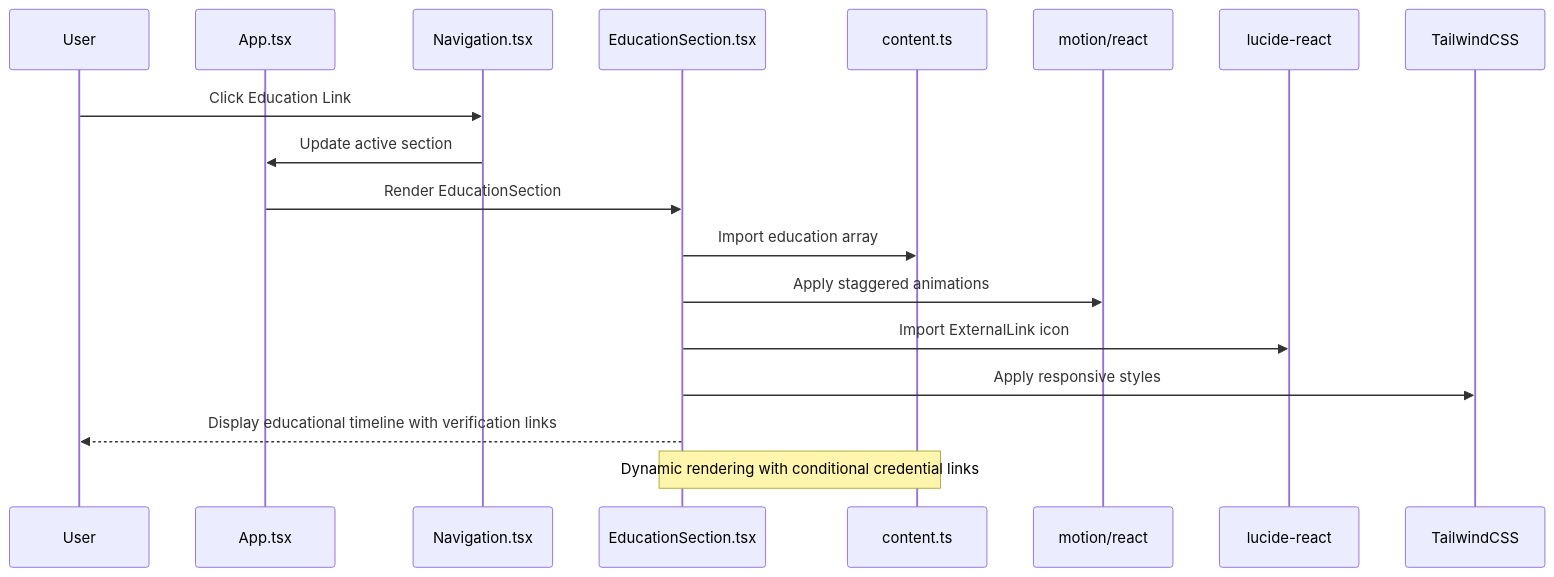
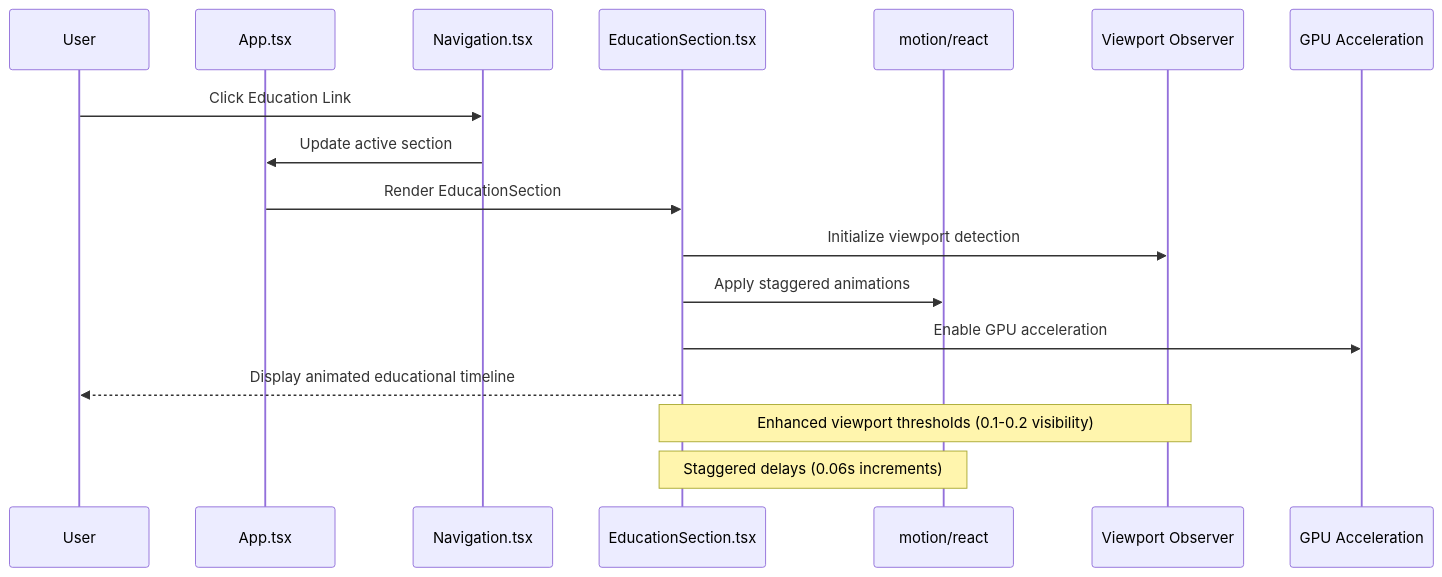
The third of 11 diagrams in .qoder/repowiki/en/content/Component Library & UI Elements/EducationSection Component.md (subash7781/Portfolio), drawn with Mermaid before and after one commit. The commit also changed other lines of this file and 9 other files, not shown here.

````diff
--- a/.qoder/repowiki/en/content/Component Library & UI Elements/EducationSection Component.md
+++ b/.qoder/repowiki/en/content/Component Library & UI Elements/EducationSection Component.md
@@ -144,20 +147,19 @@
 ```mermaid
 sequenceDiagram
 participant User as User
 participant App as App.tsx
 participant Nav as Navigation.tsx
 participant Section as EducationSection.tsx
-participant Data as content.ts
 participant Motion as motion/react
-participant Lucide as lucide-react
-participant Tailwind as TailwindCSS
+participant Observer as Viewport Observer
+participant GPU as GPU Acceleration
 User->>Nav : Click Education Link
 Nav->>App : Update active section
 App->>Section : Render EducationSection
-Section->>Data : Import education array
+Section->>Observer : Initialize viewport detection
 Section->>Motion : Apply staggered animations
-Section->>Lucide : Import ExternalLink icon
-Section->>Tailwind : Apply responsive styles
-Section-->>User : Display educational timeline with verification links
-Note over Section,Data : Dynamic rendering with conditional credential links
+Section->>GPU : Enable GPU acceleration
+Section-->>User : Display animated educational timeline
+Note over Section,Observer : Enhanced viewport thresholds (0.1-0.2 visibility)
+Note over Section,Motion : Staggered delays (0.06s increments)
 ```
````
